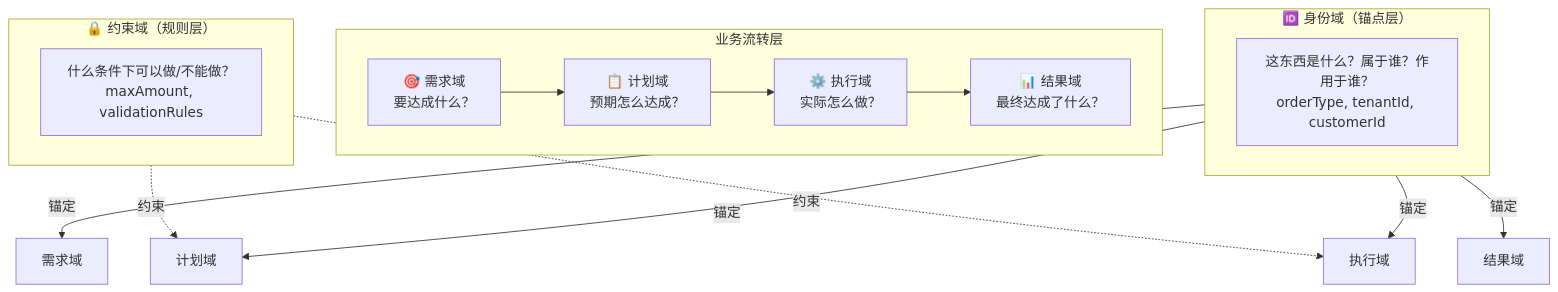
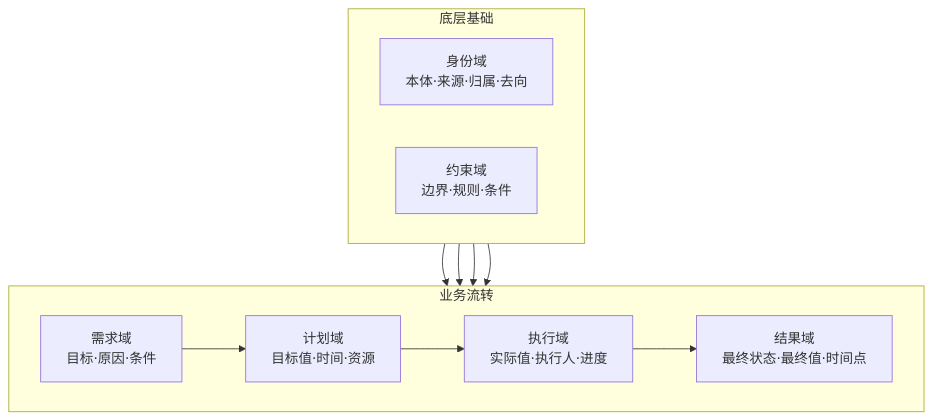
One commit to c5ms/odm changed the first of 2 diagrams in README.md. Above: the diagram before and after it, drawn with Mermaid. The commit also changed other lines of this file, not shown here.

````diff
--- a/README.md
+++ b/README.md
@@ -20,24 +20,23 @@
 ```mermaid
 flowchart TB
-    subgraph 约束域["🔒 约束域（规则层）"]
-        C["什么条件下可以做/不能做？<br/>maxAmount, validationRules"]
+    subgraph Foundation["底层基础"]
+        direction LR
+        I["身份域<br/>本体·来源·归属·去向"]
+        C["约束域<br/>边界·规则·条件"]
     end
     
-    subgraph 业务流转["业务流转层"]
+    subgraph Business["业务流转"]
         direction LR
-        R1["🎯 需求域<br/>要达成什么？"] --> P1["📋 计划域<br/>预期怎么达成？"]
-        P1 --> E1["⚙️ 执行域<br/>实际怎么做？"]
-        E1 --> R2["📊 结果域<br/>最终达成了什么？"]
+        R["需求域<br/>目标·原因·条件"]
+        P["计划域<br/>目标值·时间·资源"]
+        E["执行域<br/>实际值·执行人·进度"]
+        S["结果域<br/>最终状态·最终值·时间点"]
     end
     
-    subgraph 身份域["🆔 身份域（锚点层）"]
-        I["这东西是什么？属于谁？作用于谁？<br/>orderType, tenantId, customerId"]
-    end
+    Foundation --> R
+    Foundation --> P
+    Foundation --> E
+    Foundation --> S
     
-    约束域 -.->|"约束"| 计划域
-    约束域 -.->|"约束"| 执行域
-    身份域 -->|"锚定"| 需求域
-    身份域 -->|"锚定"| 计划域
-    身份域 -->|"锚定"| 执行域
-    身份域 -->|"锚定"| 结果域
+    R --> P --> E --> S
 ```
````
